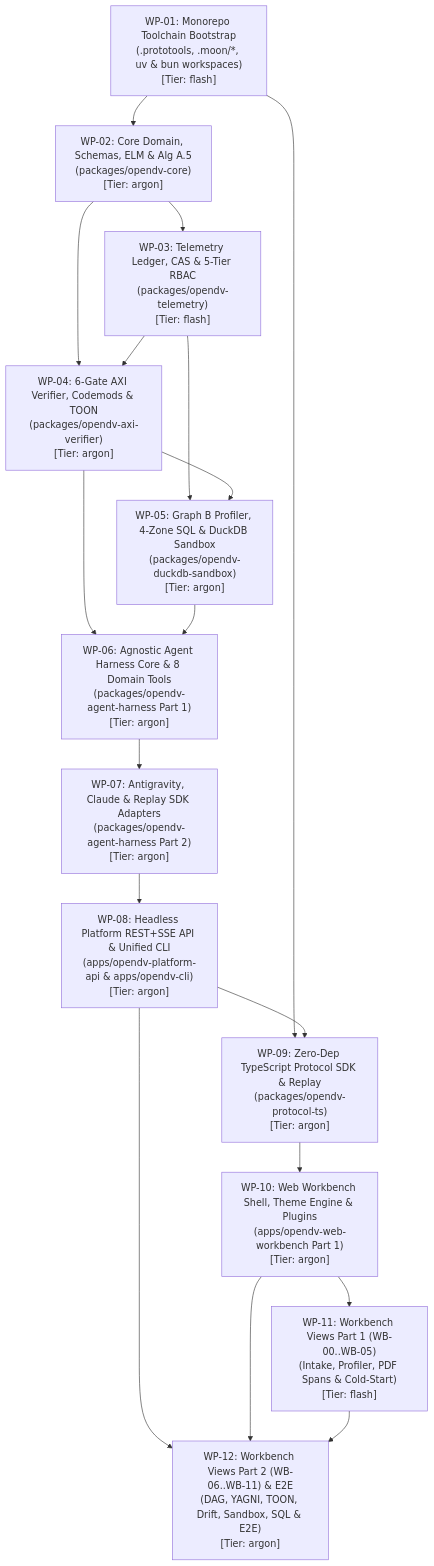
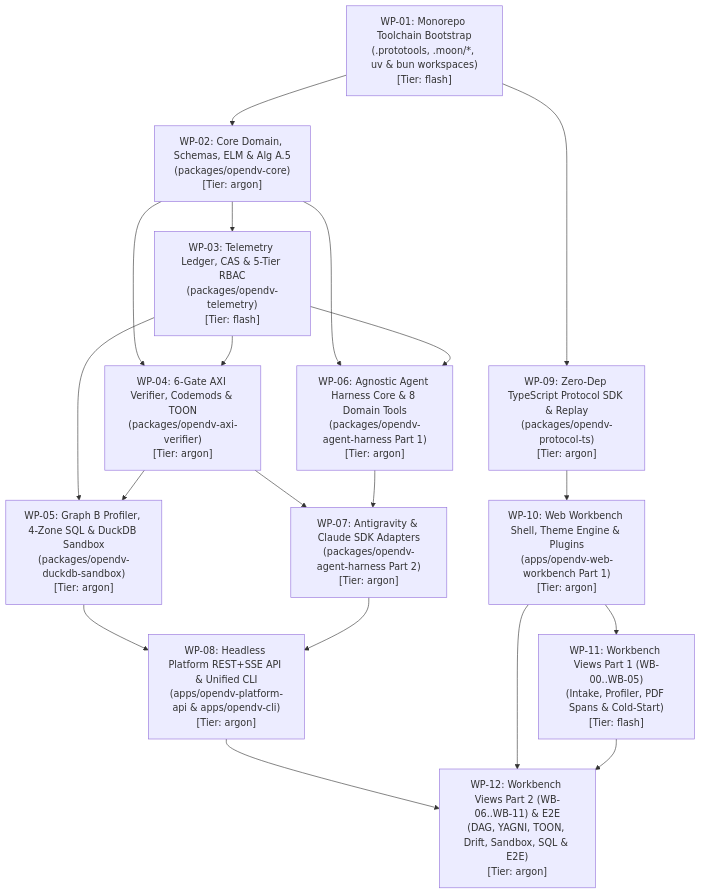
One commit to nogoo9/open-dv changed the diagram in docs/11-agent-worker-implementation-plan.md. Above: the diagram before and after it, drawn with Mermaid. The commit also changed other lines of this file and 7 other files, not shown here.

Commit message:
no-mistakes(review): Fix platform MVP spec contracts, RBAC, harness adapters, and tests

````diff
--- a/docs/11-agent-worker-implementation-plan.md
+++ b/docs/11-agent-worker-implementation-plan.md
@@ -14,33 +14,34 @@
 ```mermaid
 flowchart TD
     WP01["WP-01: Monorepo Toolchain Bootstrap\n(.prototools, .moon/*, uv & bun workspaces)\n[Tier: flash]"]
     WP02["WP-02: Core Domain, Schemas, ELM & Alg A.5\n(packages/opendv-core)\n[Tier: argon]"]
     WP03["WP-03: Telemetry Ledger, CAS & 5-Tier RBAC\n(packages/opendv-telemetry)\n[Tier: flash]"]
     WP04["WP-04: 6-Gate AXI Verifier, Codemods & TOON\n(packages/opendv-axi-verifier)\n[Tier: argon]"]
     WP05["WP-05: Graph B Profiler, 4-Zone SQL & DuckDB Sandbox\n(packages/opendv-duckdb-sandbox)\n[Tier: argon]"]
     WP06["WP-06: Agnostic Agent Harness Core & 8 Domain Tools\n(packages/opendv-agent-harness Part 1)\n[Tier: argon]"]
-    WP07["WP-07: Antigravity, Claude & Replay SDK Adapters\n(packages/opendv-agent-harness Part 2)\n[Tier: argon]"]
+    WP07["WP-07: Antigravity & Claude SDK Adapters\n(packages/opendv-agent-harness Part 2)\n[Tier: argon]"]
     WP08["WP-08: Headless Platform REST+SSE API & Unified CLI\n(apps/opendv-platform-api & apps/opendv-cli)\n[Tier: argon]"]
     WP09["WP-09: Zero-Dep TypeScript Protocol SDK & Replay\n(packages/opendv-protocol-ts)\n[Tier: argon]"]
     WP10["WP-10: Web Workbench Shell, Theme Engine & Plugins\n(apps/opendv-web-workbench Part 1)\n[Tier: argon]"]
     WP11["WP-11: Workbench Views Part 1 (WB-00..WB-05)\n(Intake, Profiler, PDF Spans & Cold-Start)\n[Tier: flash]"]
     WP12["WP-12: Workbench Views Part 2 (WB-06..WB-11) & E2E\n(DAG, YAGNI, TOON, Drift, Sandbox, SQL & E2E)\n[Tier: argon]"]
 
     WP01 --> WP02
     WP01 --> WP09
     WP02 --> WP03
+    WP09 --> WP10
     WP02 --> WP04
     WP03 --> WP04
+    WP02 --> WP06
+    WP03 --> WP06
+    WP10 --> WP11
     WP03 --> WP05
     WP04 --> WP05
-    WP04 --> WP06
-    WP05 --> WP06
+    WP04 --> WP07
     WP06 --> WP07
+    WP05 --> WP08
     WP07 --> WP08
-    WP08 --> WP09
-    WP09 --> WP10
-    WP10 --> WP11
     WP08 --> WP12
     WP10 --> WP12
     WP11 --> WP12
 ```
````
